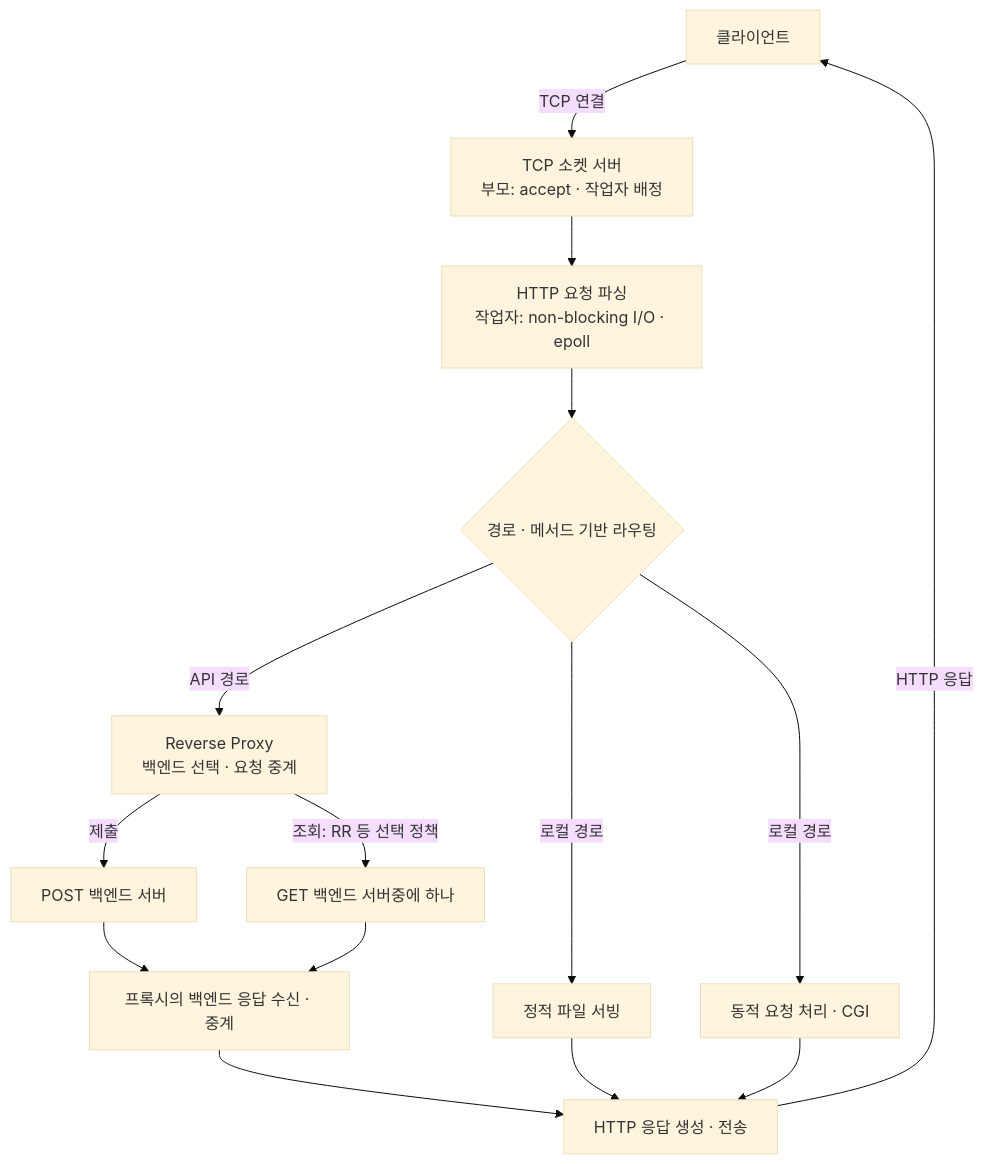
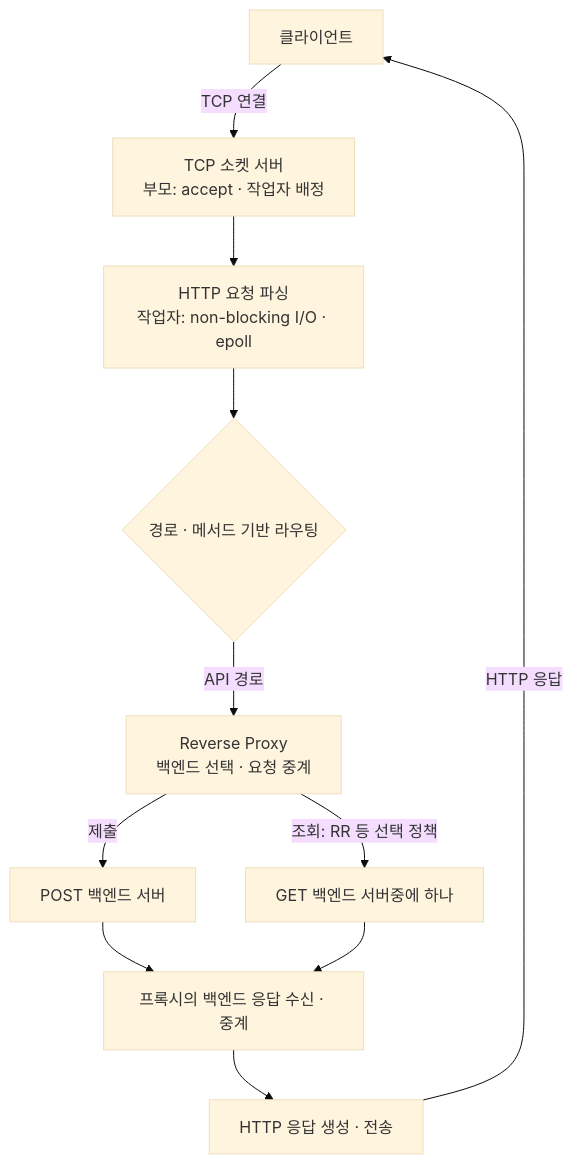
Before and after one commit to chan95821/jungle-week-13-c-web-server: the diagram in README.md, drawn with Mermaid (base theme). The commit also changed 1 other file, not shown here.

````diff
--- a/README.md
+++ b/README.md
@@ -12,17 +12,13 @@
 ```mermaid
 flowchart TD
     Client[클라이언트] -->|TCP 연결| Accept["TCP 소켓 서버<br/>부모: accept · 작업자 배정"]
     Accept --> Parse["HTTP 요청 파싱<br/>작업자: non-blocking I/O · epoll"]
     Parse --> Route{경로 · 메서드 기반 라우팅}
-    Route -->|로컬 경로| Static[정적 파일 서빙]
-    Route -->|로컬 경로| Dynamic[동적 요청 처리 · CGI]
     Route -->|API 경로| Proxy["Reverse Proxy<br/>백엔드 선택 · 요청 중계"]
     Proxy -->|제출| Submit[POST 백엔드 서버]
     Proxy -->|조회: RR 등 선택 정책| Query[GET 백엔드 서버중에 하나]
     Submit --> Relay[프록시의 백엔드 응답 수신 · 중계]
     Query --> Relay
     Relay --> Response[HTTP 응답 생성 · 전송]
-    Static --> Response
-    Dynamic --> Response
     Response -->|HTTP 응답| Client
 ```
````
